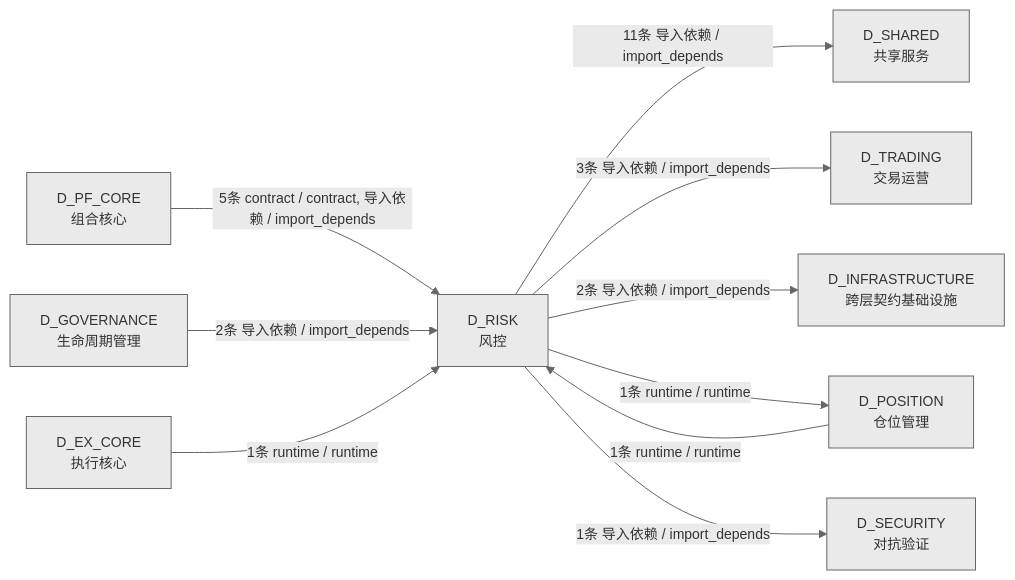
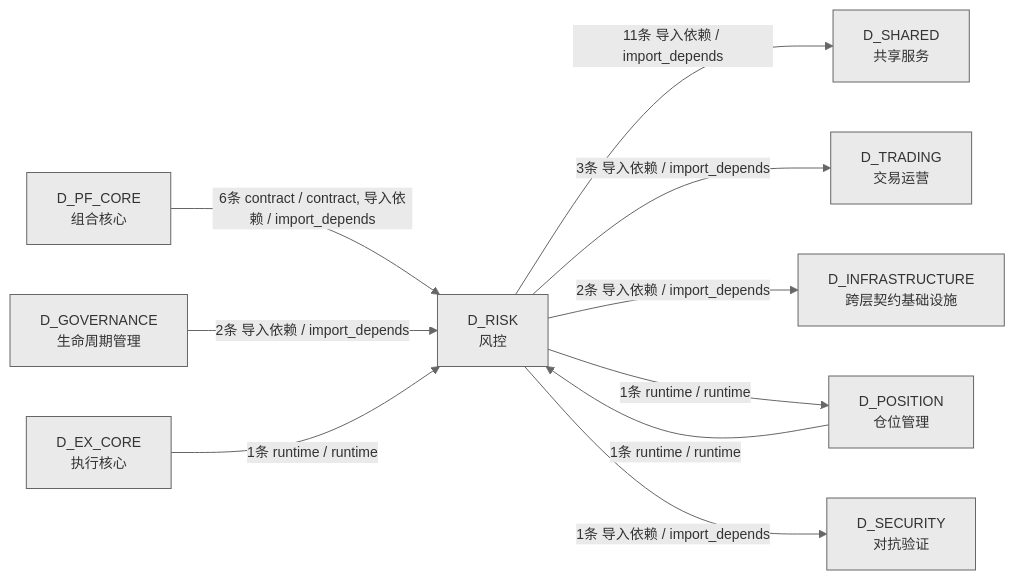
Before and after one commit to xuanFelixVan/ZephyrAlpha: the third of 3 diagrams in docs/02_enterprise_architecture/02_domain_architecture_docs/65_d_risk.md, drawn with Mermaid. The commit also changed other lines of this file and 44 other files, not shown here.

````diff
--- a/docs/02_enterprise_architecture/02_domain_architecture_docs/65_d_risk.md
+++ b/docs/02_enterprise_architecture/02_domain_architecture_docs/65_d_risk.md
@@ -281,22 +283,22 @@
 ```mermaid
 %%{init: {'theme': 'base', 'themeVariables': {'primaryColor': '#eaeaea', 'primaryTextColor': '#333333', 'primaryBorderColor': '#666666', 'lineColor': '#666666', 'secondaryColor': '#eaeaea', 'tertiaryColor': '#eaeaea', 'fontSize': '14px'}}}%%
 graph LR
     D_RISK["D_RISK<br/>风控"]
     D_SHARED["D_SHARED<br/>共享服务"]
     D_TRADING["D_TRADING<br/>交易运营"]
     D_INFRASTRUCTURE["D_INFRASTRUCTURE<br/>跨层契约基础设施"]
     D_POSITION["D_POSITION<br/>仓位管理"]
     D_SECURITY["D_SECURITY<br/>对抗验证"]
     D_PF_CORE["D_PF_CORE<br/>组合核心"]
     D_GOVERNANCE["D_GOVERNANCE<br/>生命周期管理"]
     D_EX_CORE["D_EX_CORE<br/>执行核心"]
     D_RISK -->|11条 导入依赖 / import_depends| D_SHARED
     D_RISK -->|3条 导入依赖 / import_depends| D_TRADING
     D_RISK -->|2条 导入依赖 / import_depends| D_INFRASTRUCTURE
     D_RISK -->|1条 runtime / runtime| D_POSITION
     D_RISK -->|1条 导入依赖 / import_depends| D_SECURITY
-    D_PF_CORE -->|5条 contract / contract, 导入依赖 / import_depends| D_RISK
+    D_PF_CORE -->|6条 contract / contract, 导入依赖 / import_depends| D_RISK
     D_GOVERNANCE -->|2条 导入依赖 / import_depends| D_RISK
     D_EX_CORE -->|1条 runtime / runtime| D_RISK
     D_POSITION -->|1条 runtime / runtime| D_RISK
 ```
````
